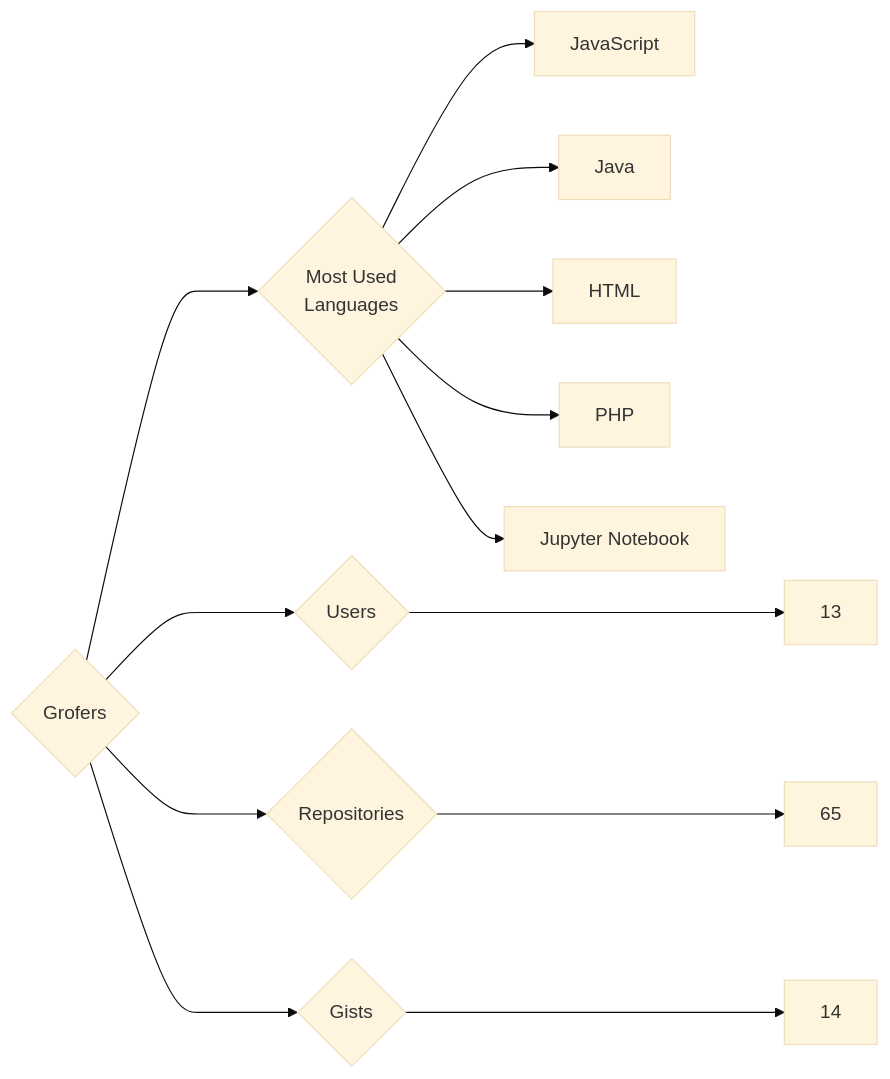
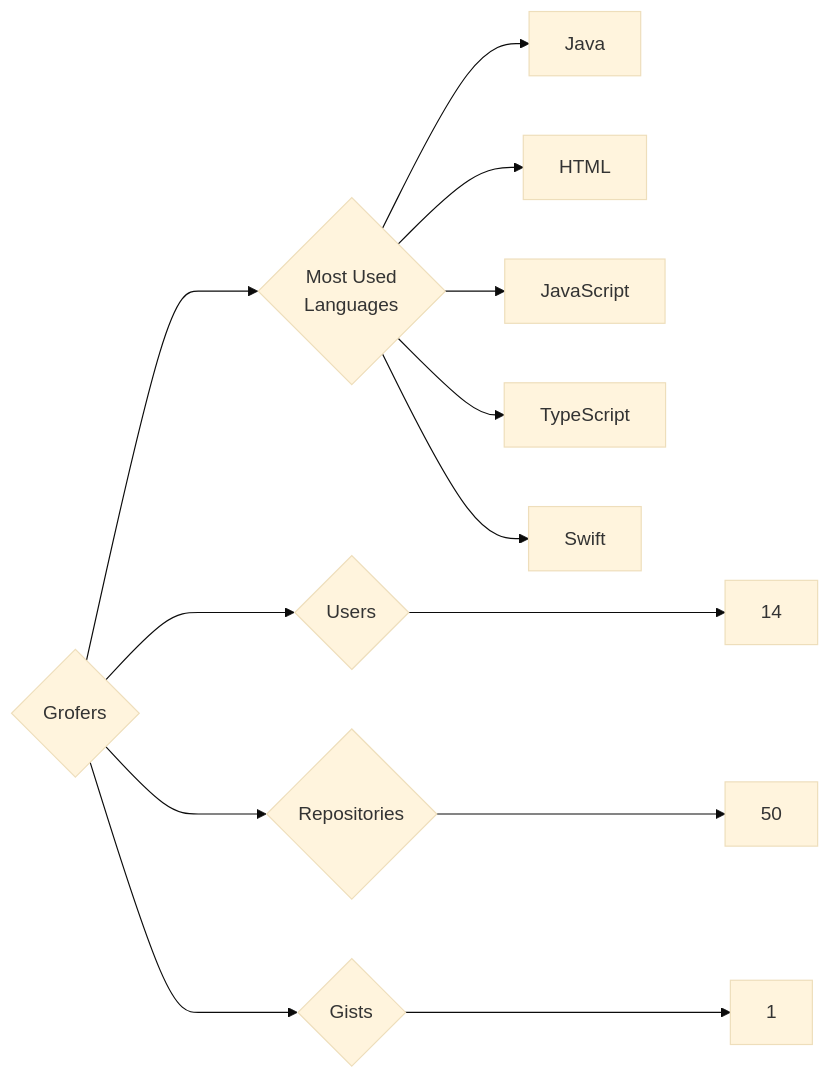
The diagram in targets/Grofers/README.md (trickest/insiders), drawn with Mermaid (base theme) before and after one commit. The commit also changed 1166 other files, not shown here.

````diff
--- a/targets/Grofers/README.md
+++ b/targets/Grofers/README.md
@@ -3,13 +3,13 @@
 ```mermaid
 graph LR
 COMPANY_NAME{Grofers}
-COMPANY_NAME ---> U{Users} ---> UN[13]
-COMPANY_NAME ---> R{Repositories} ---> RN[65]
-COMPANY_NAME ---> G{Gists} ---> GN[14]
+COMPANY_NAME ---> U{Users} ---> UN[14]
+COMPANY_NAME ---> R{Repositories} ---> RN[50]
+COMPANY_NAME ---> G{Gists} ---> GN[1]
 COMPANY_NAME ---> ML{Most Used<br>Languages}
-ML --> JavaScript[JavaScript]
 ML --> Java[Java]
 ML --> HTML[HTML]
-ML --> PHP[PHP]
-ML --> Jupyter_Notebook[Jupyter Notebook]
+ML --> JavaScript[JavaScript]
+ML --> TypeScript[TypeScript]
+ML --> Swift[Swift]
 ```
````
